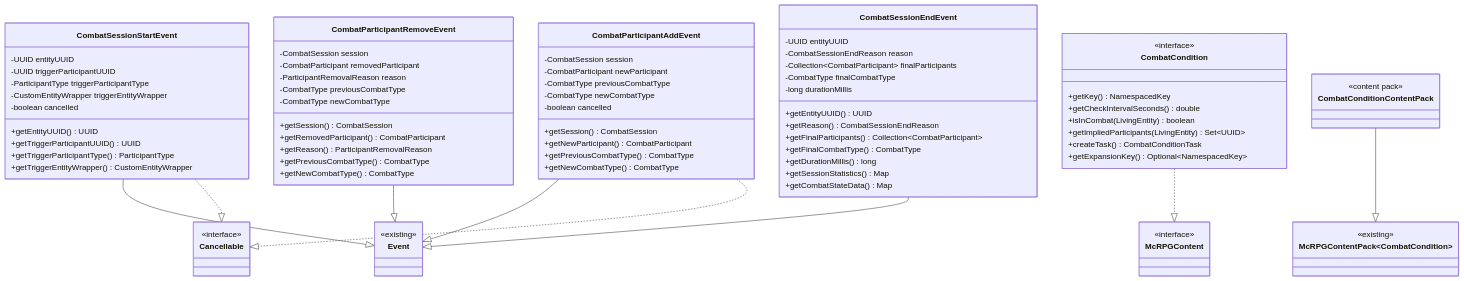
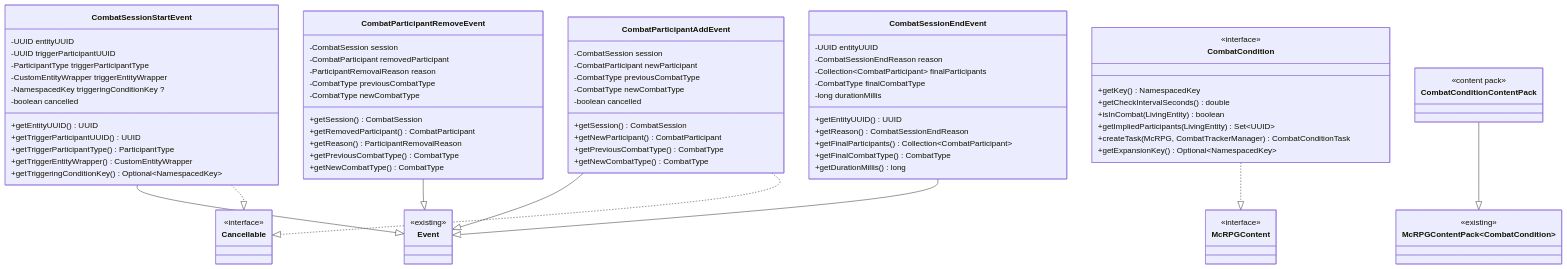
The third of 3 diagrams in docs/lld/combat-tracker/phase-1-core-combat-session-engine.md (DiamondDagger590/McRPG), drawn with Mermaid before and after one commit. The commit also changed other lines of this file, not shown here.

```diff
--- a/docs/lld/combat-tracker/phase-1-core-combat-session-engine.md
+++ b/docs/lld/combat-tracker/phase-1-core-combat-session-engine.md
@@ -271,11 +280,13 @@
         -UUID triggerParticipantUUID
         -ParticipantType triggerParticipantType
         -CustomEntityWrapper triggerEntityWrapper
+        -NamespacedKey triggeringConditionKey ?
         -boolean cancelled
         +getEntityUUID() UUID
         +getTriggerParticipantUUID() UUID
         +getTriggerParticipantType() ParticipantType
         +getTriggerEntityWrapper() CustomEntityWrapper
+        +getTriggeringConditionKey() Optional~NamespacedKey~
     }
 
     class CombatParticipantAddEvent {
@@ -314,8 +325,6 @@
         +getFinalParticipants() Collection~CombatParticipant~
         +getFinalCombatType() CombatType
         +getDurationMillis() long
-        +getSessionStatistics() Map
-        +getCombatStateData() Map
     }
 
     class CombatCondition {
@@ -324,7 +333,7 @@
         +getCheckIntervalSeconds() double
         +isInCombat(LivingEntity) boolean
         +getImpliedParticipants(LivingEntity) Set~UUID~
-        +createTask() CombatConditionTask
+        +createTask(McRPG, CombatTrackerManager) CombatConditionTask
         +getExpansionKey() Optional~NamespacedKey~
     }
 
```
